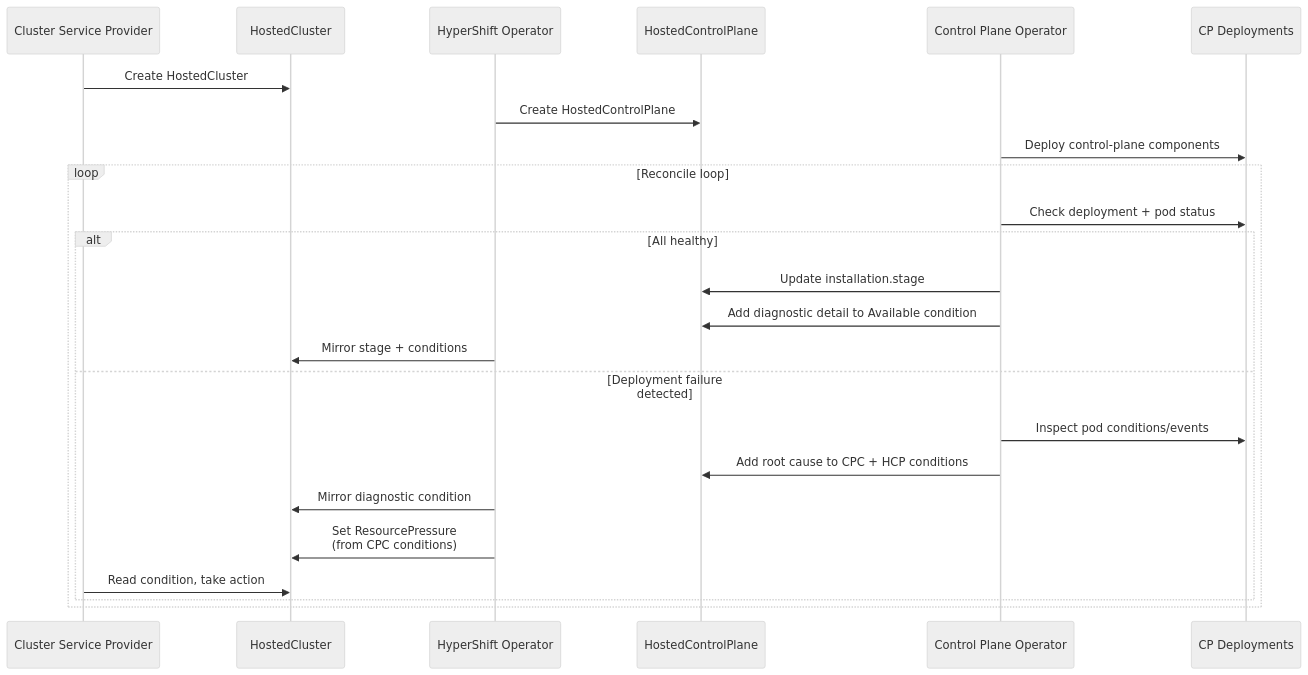
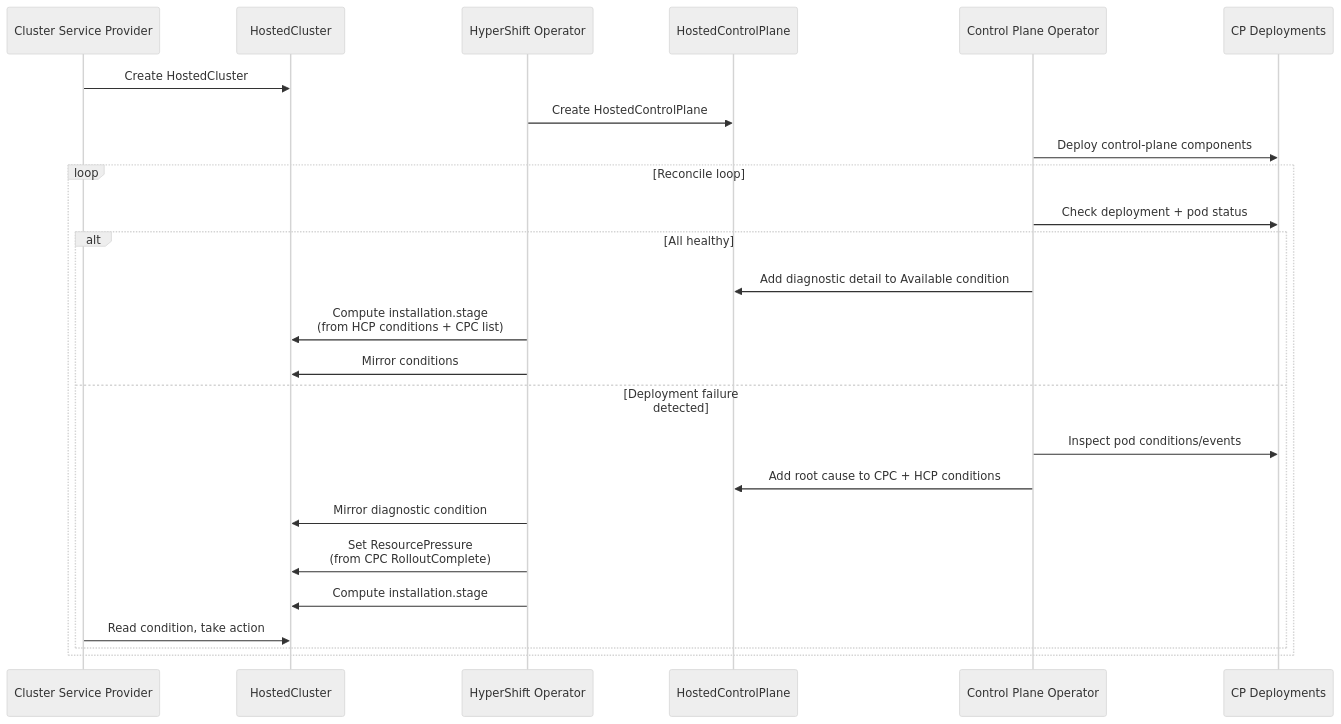
The second of 3 diagrams in enhancements/hypershift/installation-failure-debuggability.md (openshift/enhancements), drawn with Mermaid (neutral theme) before and after one commit. The commit also changed other lines of this file, not shown here.

````diff
--- a/enhancements/hypershift/installation-failure-debuggability.md
+++ b/enhancements/hypershift/installation-failure-debuggability.md
@@ -462,27 +465,28 @@
 ```mermaid
 sequenceDiagram
     participant CSP as Cluster Service Provider
     participant HC as HostedCluster
     participant HO as HyperShift Operator
     participant HCP as HostedControlPlane
     participant CPO as Control Plane Operator
     participant Pods as CP Deployments
 
     CSP->>HC: Create HostedCluster
     HO->>HCP: Create HostedControlPlane
     CPO->>Pods: Deploy control-plane components
     loop Reconcile loop
         CPO->>Pods: Check deployment + pod status
         alt All healthy
-            CPO->>HCP: Update installation.stage
             CPO->>HCP: Add diagnostic detail to Available condition
-            HO->>HC: Mirror stage + conditions
+            HO->>HC: Compute installation.stage<br/>(from HCP conditions + CPC list)
+            HO->>HC: Mirror conditions
         else Deployment failure detected
             CPO->>Pods: Inspect pod conditions/events
             CPO->>HCP: Add root cause to CPC + HCP conditions
             HO->>HC: Mirror diagnostic condition
-            HO->>HC: Set ResourcePressure<br/>(from CPC conditions)
+            HO->>HC: Set ResourcePressure<br/>(from CPC RolloutComplete)
+            HO->>HC: Compute installation.stage
             CSP->>HC: Read condition, take action
         end
     end
 ```
````
